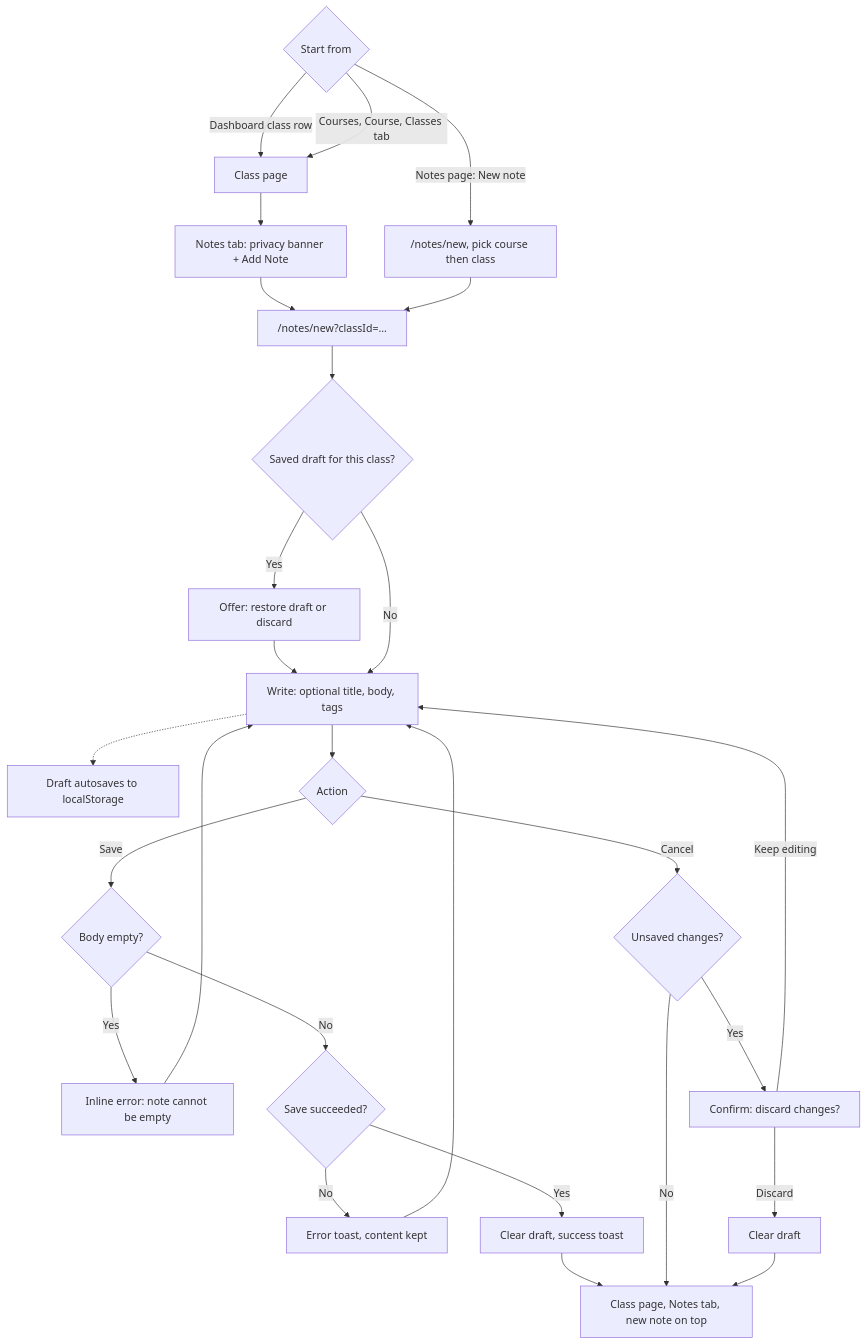
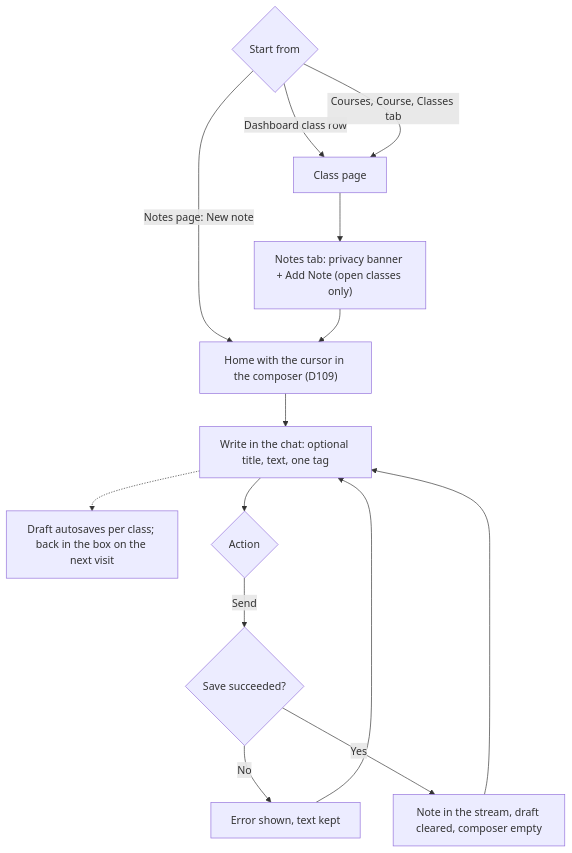
Before and after one commit to Ndukwopeace/CoNote: the fifth of 13 diagrams in docs/USER_FLOWS.md, drawn with Mermaid. The commit also changed other lines of this file and 39 other files, not shown here.

First line of the commit message:
feat(notes): one place to write, the chat; editing happens there too (D109) (#72)

````diff
--- a/docs/USER_FLOWS.md
+++ b/docs/USER_FLOWS.md
@@ -211,24 +211,14 @@
 ```mermaid
 flowchart TD
   A{"Start from"} -- "Dashboard class row" --> B["Class page"]
   A -- "Courses, Course, Classes tab" --> B
-  A -- "Notes page: New note" --> P["/notes/new, pick course then class"]
-  B --> C["Notes tab: privacy banner + Add Note"]
-  C --> D["/notes/new?classId=..."]
-  P --> D
-  D --> E{"Saved draft for this class?"}
-  E -- "Yes" --> F["Offer: restore draft or discard"] --> G
-  E -- "No" --> G["Write: optional title, body, tags"]
-  G -.-> H["Draft autosaves to localStorage"]
+  A -- "Notes page: New note" --> D["Home with the cursor in the composer (D109)"]
+  B --> C["Notes tab: privacy banner + Add Note (open classes only)"]
+  C --> D
+  D --> G["Write in the chat: optional title, text, one tag"]
+  G -.-> H["Draft autosaves per class; back in the box on the next visit"]
   G --> I{"Action"}
-  I -- "Save" --> J{"Body empty?"}
-  J -- "Yes" --> K["Inline error: note cannot be empty"] --> G
-  J -- "No" --> L{"Save succeeded?"}
-  L -- "No" --> M["Error toast, content kept"] --> G
-  L -- "Yes" --> N["Clear draft, success toast"] --> O["Class page, Notes tab, new note on top"]
-  I -- "Cancel" --> Q{"Unsaved changes?"}
-  Q -- "No" --> O
-  Q -- "Yes" --> R["Confirm: discard changes?"]
-  R -- "Keep editing" --> G
-  R -- "Discard" --> S["Clear draft"] --> O
+  I -- "Send" --> L{"Save succeeded?"}
+  L -- "No" --> M["Error shown, text kept"] --> G
+  L -- "Yes" --> N["Note in the stream, draft cleared, composer empty"] --> G
 ```
````
